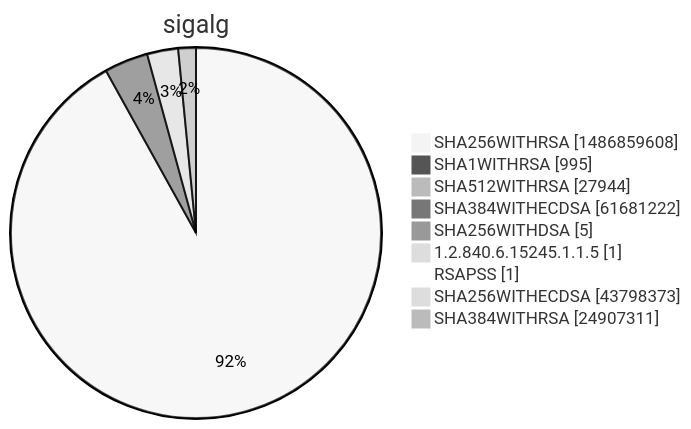
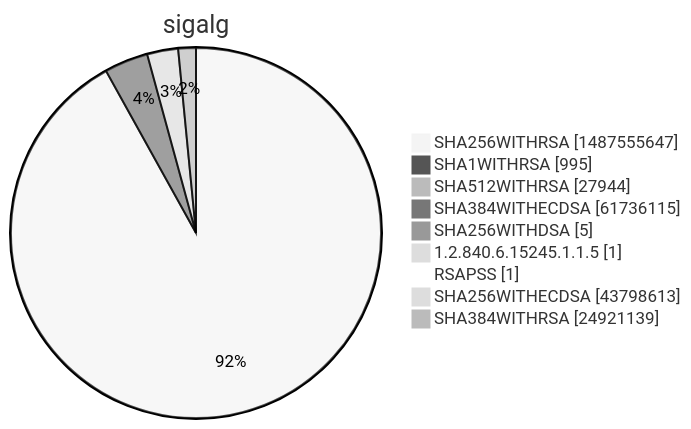
Before and after one commit to christiankrug/ctmonitor_visualization: diagram 15 of 15 in xenon2022/README.md, drawn with Mermaid (neutral theme). The commit also changed other lines of this file, not shown here.

````diff
--- a/xenon2022/README.md
+++ b/xenon2022/README.md
@@ -5863,13 +5863,13 @@
 ```mermaid
 pie showData
 title sigalg
-"SHA256WITHRSA" :1486859608
+"SHA256WITHRSA" :1487555647
 "SHA1WITHRSA" :995
 "SHA512WITHRSA" :27944
-"SHA384WITHECDSA" :61681222
+"SHA384WITHECDSA" :61736115
 "SHA256WITHDSA" :5
 "1.2.840.6.15245.1.1.5" :1
 "RSAPSS" :1
-"SHA256WITHECDSA" :43798373
-"SHA384WITHRSA" :24907311
+"SHA256WITHECDSA" :43798613
+"SHA384WITHRSA" :24921139
 ```
````
